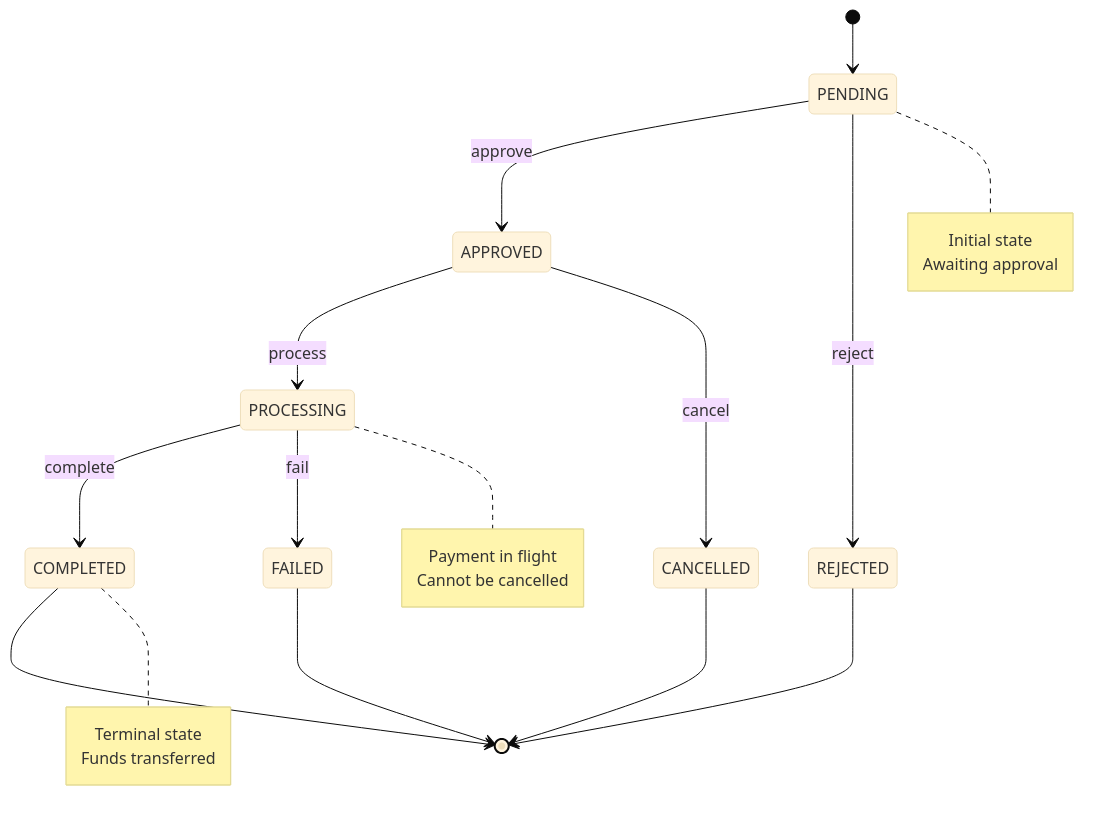
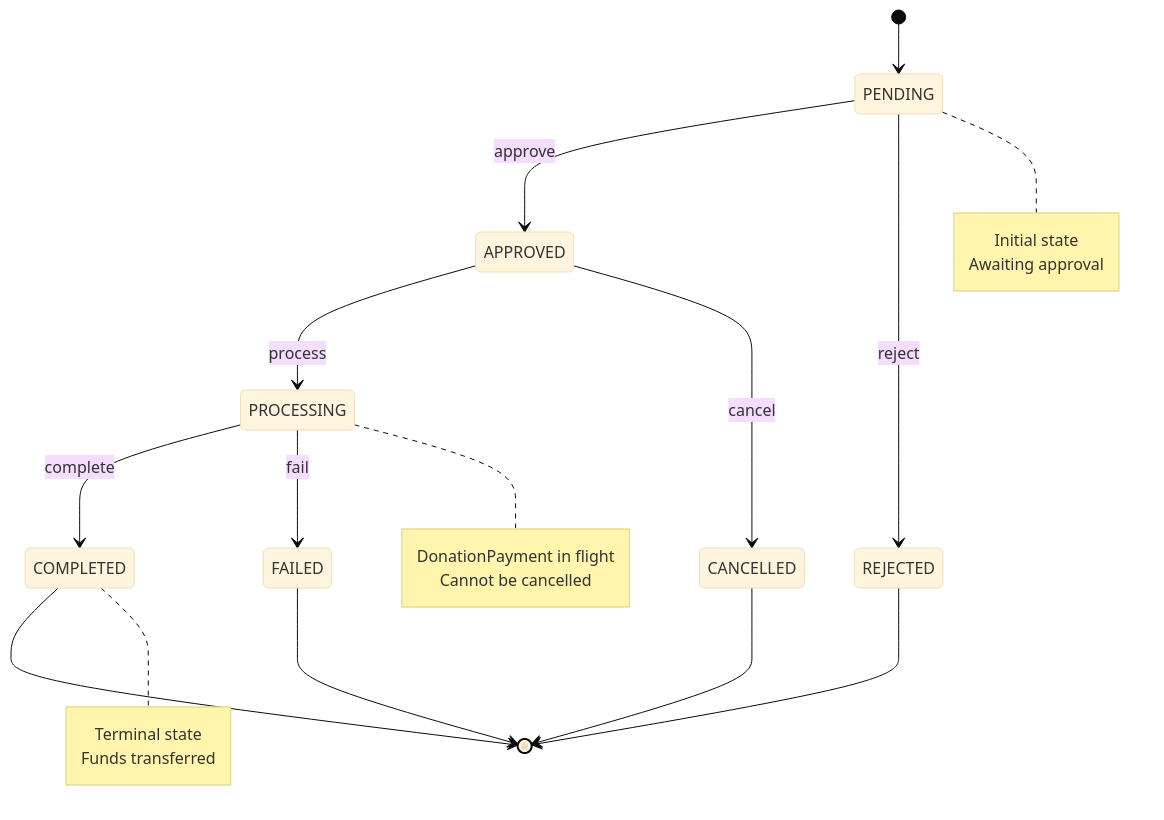
Before and after one commit to wahidyankf/open-sharia-enterprise: the second of 8 diagrams in docs/explanation/software/stack-lang/java/ex-so-stla-ja__finite-state-machine-fsm.md, drawn with Mermaid (base theme). The commit also changed other lines of this file and 81 other files, not shown here.

````diff
--- a/docs/explanation/software/stack-lang/java/ex-so-stla-ja__finite-state-machine-fsm.md
+++ b/docs/explanation/software/stack-lang/java/ex-so-stla-ja__finite-state-machine-fsm.md
@@ -336,36 +336,36 @@
 ```mermaid
 %% Color Palette: Blue #0173B2, Orange #DE8F05, Teal #029E73, Purple #CC78BC, Brown #CA9161
 %% All colors are color-blind friendly and meet WCAG AA contrast standards
 
 stateDiagram-v2
     [*] --> PENDING
 
     PENDING --> APPROVED: approve
     PENDING --> REJECTED: reject
 
     APPROVED --> PROCESSING: process
     APPROVED --> CANCELLED: cancel
 
     PROCESSING --> COMPLETED: complete
     PROCESSING --> FAILED: fail
 
     COMPLETED --> [*]
     FAILED --> [*]
     REJECTED --> [*]
     CANCELLED --> [*]
 
     note right of PENDING
         Initial state
         Awaiting approval
     end note
 
     note right of PROCESSING
-        Payment in flight
+        DonationPayment in flight
         Cannot be cancelled
     end note
 
     note right of COMPLETED
         Terminal state
         Funds transferred
     end note
 ```
````
